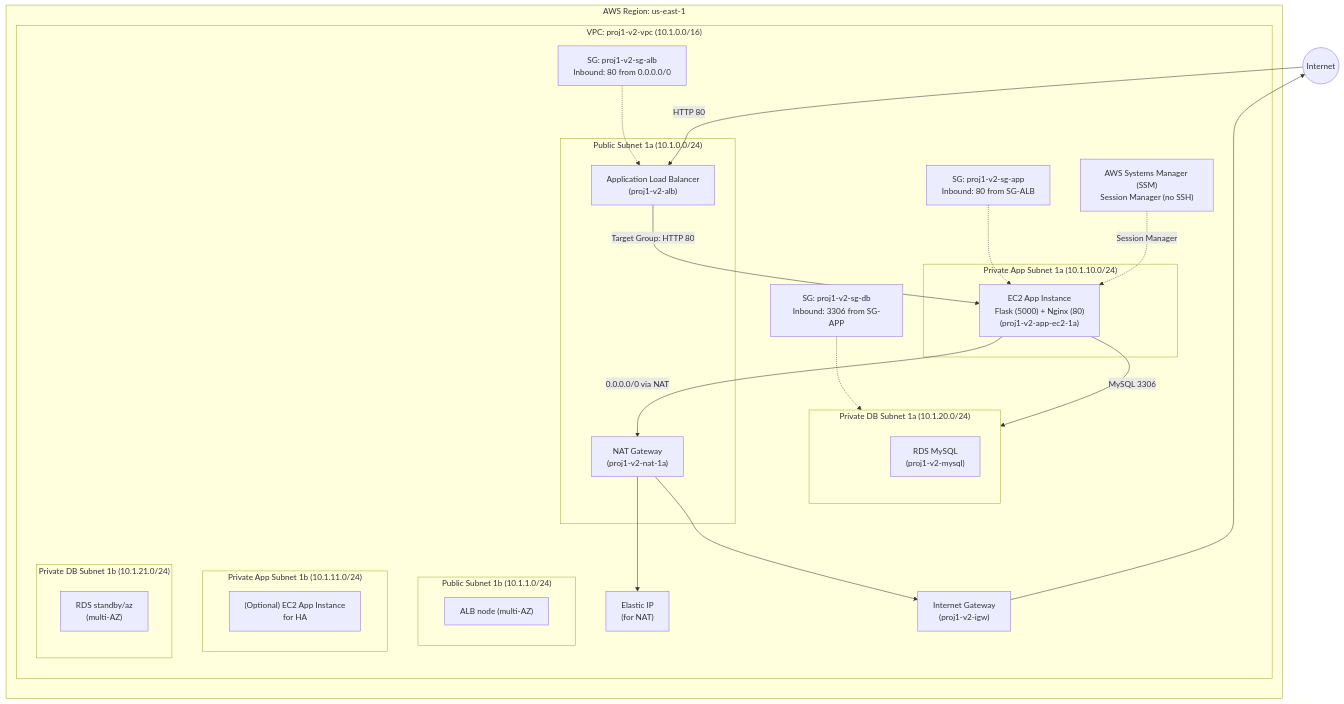
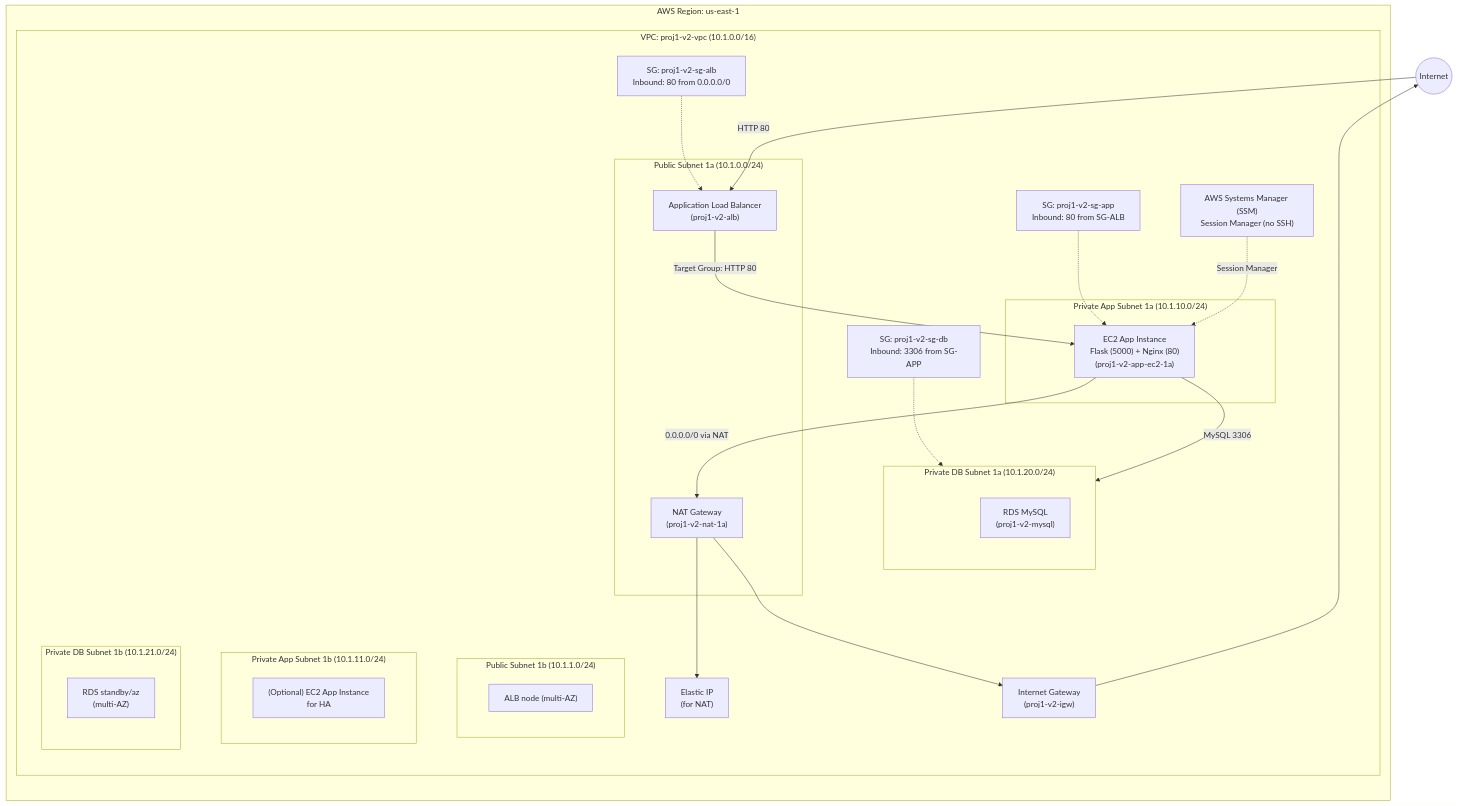
One commit to samsyl916/aws-3tier-vpc-ec2-rds-mysql changed the diagram in docs/diagram/architecture.mmd. Above: the diagram before and after it, drawn with Mermaid.

```diff
--- a/docs/diagram/architecture.mmd
+++ b/docs/diagram/architecture.mmd
@@ -1,80 +1,80 @@
-%%{init: {"flowchart": {"nodeSpacing": 60, "rankSpacing": 80}}}%%
+%%{init: {"flowchart": {"nodeSpacing": 80, "rankSpacing": 100}}}%%
 flowchart TB
 
 classDef spacer fill:transparent,stroke:transparent,color:transparent;
   %% =========================
   %% AWS 3-Tier (ALB -> EC2 -> RDS) + SSM
   %% Region: us-east-1
   %% =========================
 
   Internet((Internet))
 
   subgraph AWS["AWS Region: us-east-1"]
     subgraph VPC["VPC: proj1-v2-vpc (10.1.0.0/16)"]
 
       %% ---------- Public Tier ----------
       subgraph PublicAZA["Public Subnet 1a (10.1.0.0/24)"]
         ALB["Application Load Balancer\n(proj1-v2-alb)"]
         NAT["NAT Gateway\n(proj1-v2-nat-1a)"]
       end
 
       subgraph PublicAZB["Public Subnet 1b (10.1.1.0/24)"]
         ALB2["ALB node (multi-AZ)"]
       end
 
       IGW["Internet Gateway\n(proj1-v2-igw)"]
       EIP["Elastic IP\n(for NAT)"]
 
       %% ---------- App Tier ----------
       subgraph AppAZA["Private App Subnet 1a (10.1.10.0/24)"]
         EC2A["EC2 App Instance\nFlask (5000) + Nginx (80)\n(proj1-v2-app-ec2-1a)"]
       end
 
       subgraph AppAZB["Private App Subnet 1b (10.1.11.0/24)"]
         EC2B["(Optional) EC2 App Instance\nfor HA"]
       end
 
       %% ---------- DB Tier ----------
       subgraph DBAZA["Private DB Subnet 1a (10.1.20.0/24)"]
         direction TB
         dbspacer1[" "]:::spacer
         RDSA["RDS MySQL\n(proj1-v2-mysql)"]
       end
 
       subgraph DBAZB["Private DB Subnet 1b (10.1.21.0/24)"]
         direction TB
         dbspacer1[" "]:::spacer
         RDSB["RDS standby/az\n(multi-AZ)"]
       end
 
       %% ---------- Security Groups ----------
       SGALB["SG: proj1-v2-sg-alb\nInbound: 80 from 0.0.0.0/0"]
       SGAPP["SG: proj1-v2-sg-app\nInbound: 80 from SG-ALB"]
       SGDB["SG: proj1-v2-sg-db\nInbound: 3306 from SG-APP"]
 
       %% ---------- SSM ----------
       SSM["AWS Systems Manager (SSM)\nSession Manager (no SSH)"]
 
     end
   end
 
   %% =========================
   %% Flows
   %% =========================
   Internet -->|HTTP 80| ALB
   ALB -->|Target Group: HTTP 80| EC2A
   EC2A -->|MySQL 3306| RDSA
 
   %% NAT / egress
   EC2A -->|0.0.0.0/0 via NAT| NAT
   NAT --> EIP
   NAT --> IGW
   IGW --> Internet
 
   %% SSM access (control plane)
   SSM -.->|Session Manager| EC2A
 
   %% Security group associations (logical)
   SGALB -.-> ALB
   SGAPP -.-> EC2A
   SGDB  -.-> RDSA
```
